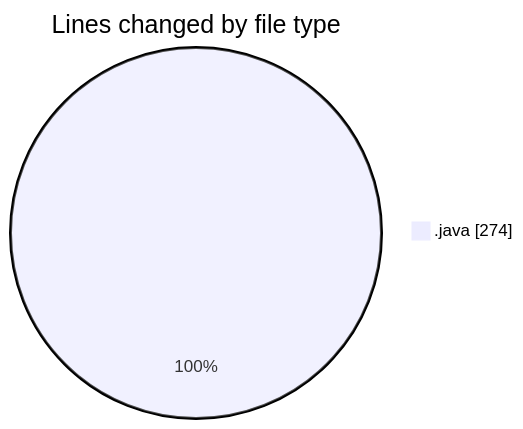
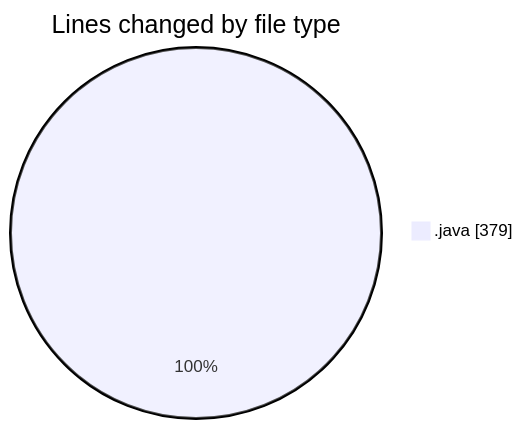
Before and after one commit to ricardozamudiocil/code-tracking: the first of 2 diagrams in 2026-05-26/cilapp/README.md, drawn with Mermaid. The commit also changed other lines of this file and 1 other file, not shown here.

````diff
--- a/2026-05-26/cilapp/README.md
+++ b/2026-05-26/cilapp/README.md
@@ -20,5 +21,5 @@
 ```mermaid
 pie showData
 title Lines changed by file type
-".java" : 274
+".java" : 379
 ```
````
